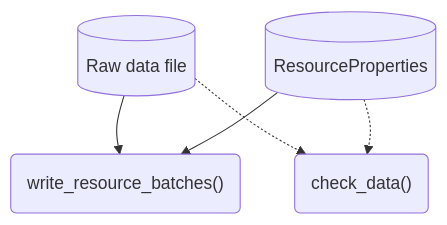
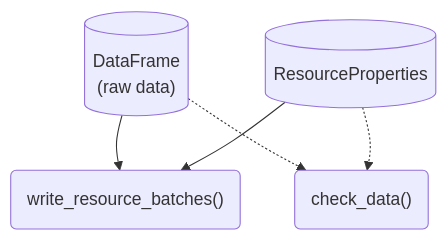
The diagram in docs/design/interface/flows.qmd (seedcase-project/seedcase-sprout), drawn with Mermaid before and after one commit. The commit also changed other lines of this file, not shown here.

````diff
--- a/docs/design/interface/flows.qmd
+++ b/docs/design/interface/flows.qmd
@@ -47,15 +50,15 @@
 ```{mermaid}
 %%| label: fig-flow-save-raw-data-to-batch
 %%| fig-cap: "Diagram showing the flow of objects and functions to save new, added, or modified raw data to a batch."
 %%| fig-alt: "A flow diagram showing the steps to save new, added, or modified raw data to a batch."
 flowchart
-    raw_data[(Raw data file)]
+    raw_data[("DataFrame<br>(raw data)")]
     resource_properties[(ResourceProperties)]
     write_resource_batches("write_resource_batches()")
     check_data("check_data()")
 
     raw_data --> write_resource_batches
     resource_properties --> write_resource_batches
     raw_data -.-> check_data
     resource_properties -.-> check_data
 ```
````
